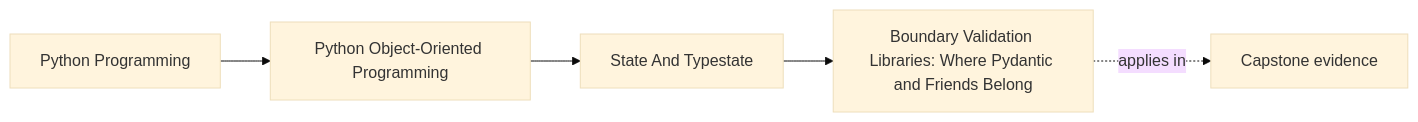
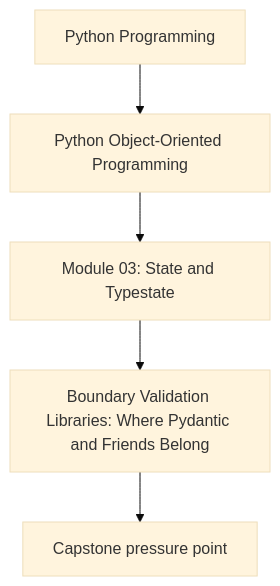
Before and after one commit to bijux/bijux-masterclass: the first of 2 diagrams in programs/python-programming/python-object-oriented-programming/course-book/module-03-state-and-typestate/boundary-validation-libraries.md, drawn with Mermaid (base theme). The commit also changed other lines of this file and 107 other files, not shown here.

Commit message:
docs(python-object-oriented-programming): align concept page diagrams

````diff
--- a/programs/python-programming/python-object-oriented-programming/course-book/module-03-state-and-typestate/boundary-validation-libraries.md
+++ b/programs/python-programming/python-object-oriented-programming/course-book/module-03-state-and-typestate/boundary-validation-libraries.md
@@ -7,11 +7,7 @@
 ```mermaid
-graph LR
-  family["Python Programming"]
-  program["Python Object-Oriented Programming"]
-  section["State And Typestate"]
-  page["Boundary Validation Libraries: Where Pydantic and Friends Belong"]
-  capstone["Capstone evidence"]
-
-  family --> program --> section --> page
-  page -.applies in.-> capstone
+flowchart TD
+  family["Python Programming"] --> program["Python Object-Oriented Programming"]
+  program --> module["Module 03: State and Typestate"]
+  module --> concept["Boundary Validation Libraries: Where Pydantic and Friends Belong"]
+  concept --> capstone["Capstone pressure point"]
 ```
````
